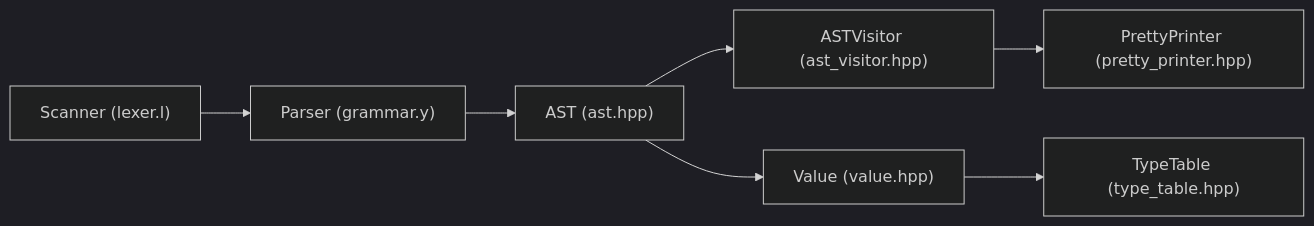
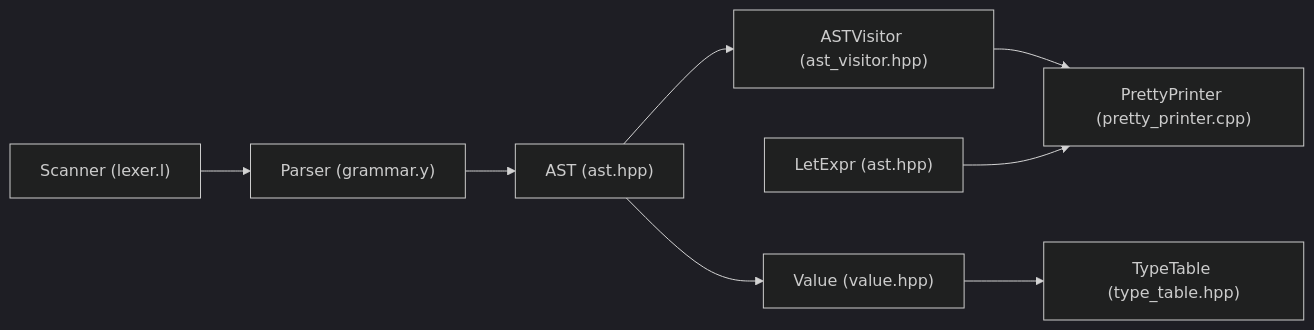
One commit to littlebirds/modern_bision changed the fourth of 4 diagrams in .qoder/repowiki/en/content/Language Specification.md. Above: the diagram before and after it, drawn with Mermaid (dark theme). The commit also changed other lines of this file and 7 other files, not shown here.

````diff
--- a/.qoder/repowiki/en/content/Language Specification.md
+++ b/.qoder/repowiki/en/content/Language Specification.md
@@ -399,9 +441,10 @@
 ```mermaid
 graph LR
 Scanner["Scanner (lexer.l)"] --> Parser["Parser (grammar.y)"]
 Parser --> AST["AST (ast.hpp)"]
 AST --> Visitor["ASTVisitor (ast_visitor.hpp)"]
-Visitor --> Pretty["PrettyPrinter (pretty_printer.hpp)"]
+Visitor --> Pretty["PrettyPrinter (pretty_printer.cpp)"]
 Value["Value (value.hpp)"] --> Type["TypeTable (type_table.hpp)"]
 AST --> Value
+LetExpr["LetExpr (ast.hpp)"] --> Pretty
 ```
````
